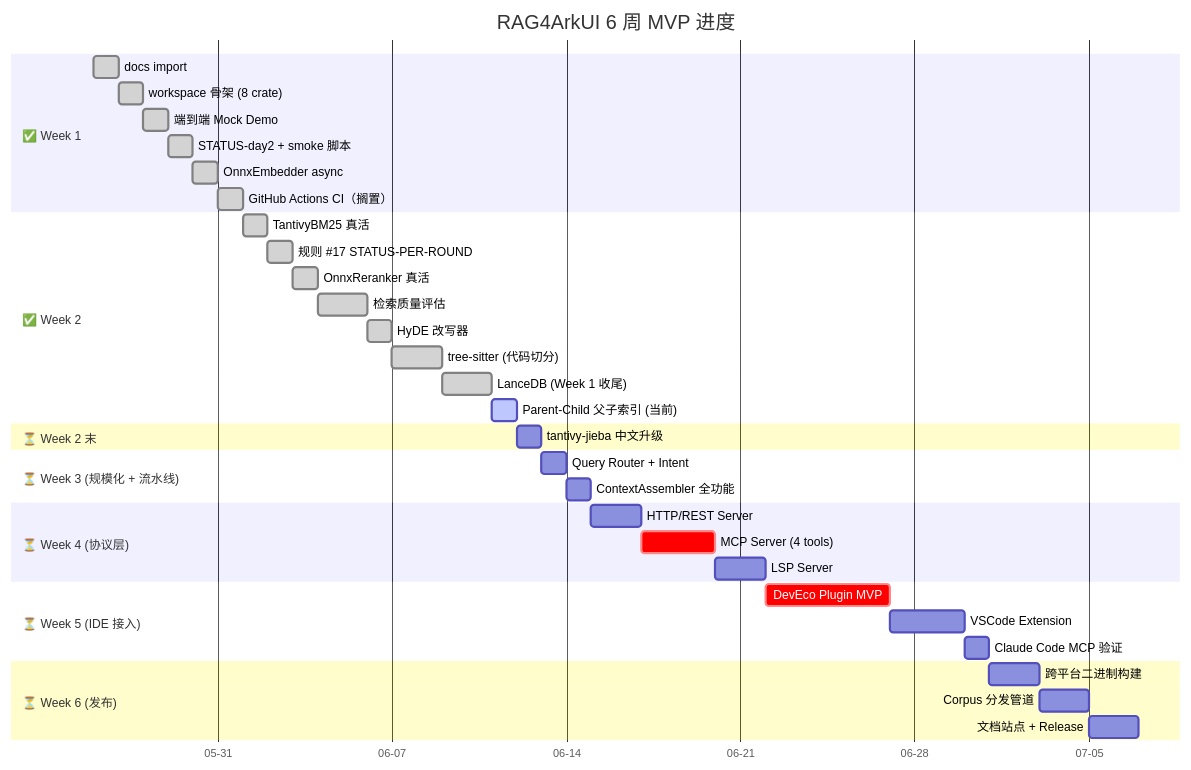
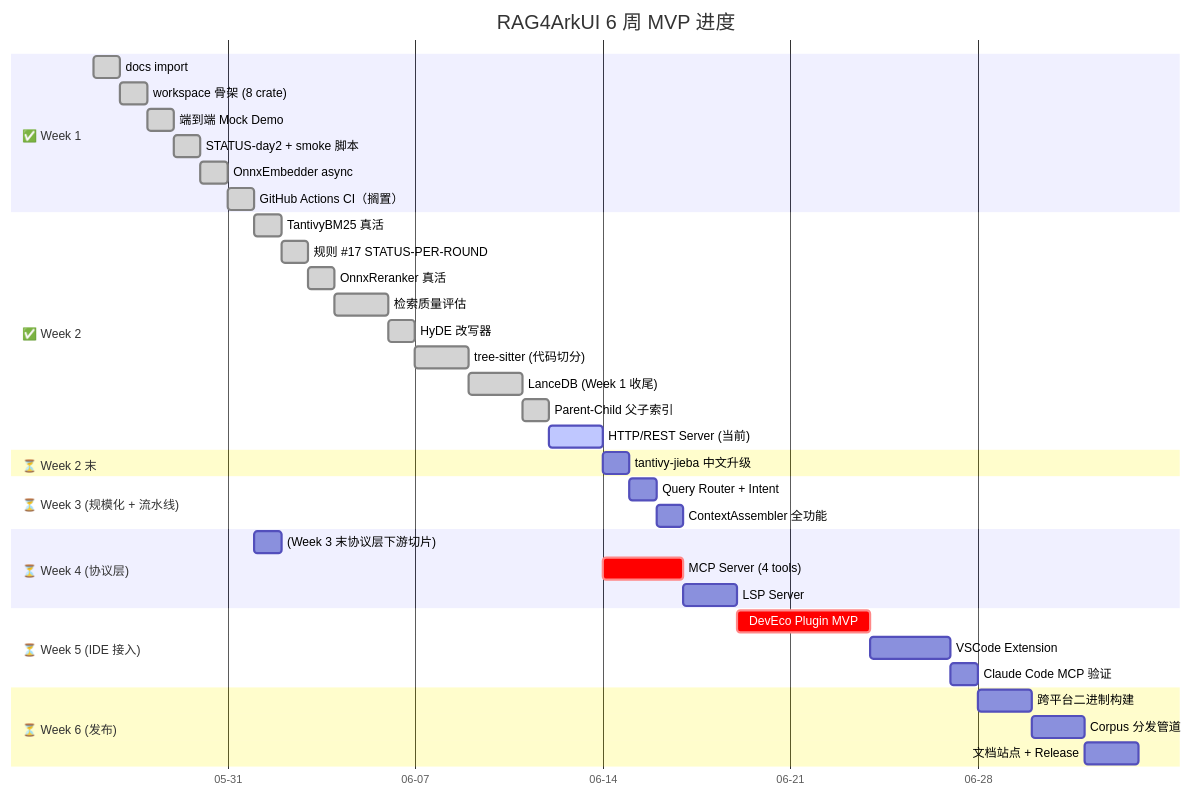
Before and after one commit to LeoG1022/RAG4ArkUI: the diagram in docs/ROADMAP.md, drawn with Mermaid. The commit also changed other lines of this file and 13 other files, not shown here.

First line of the commit message:
feat(server,cli): HTTP/REST Server with axum (Day 14) · 关键路径起点 ⭐

````diff
--- a/docs/ROADMAP.md
+++ b/docs/ROADMAP.md
@@ -22,46 +22,47 @@
 ```mermaid
 gantt
     title RAG4ArkUI 6 周 MVP 进度
     dateFormat YYYY-MM-DD
     axisFormat %m-%d
 
     section ✅ Week 1
     docs import                    :done,    d0, 2026-05-26, 1d
     workspace 骨架 (8 crate)         :done,    d1, after d0, 1d
     端到端 Mock Demo                 :done,    d2, after d1, 1d
     STATUS-day2 + smoke 脚本         :done,    d25, after d2, 1d
     OnnxEmbedder async              :done,    d3, after d25, 1d
     GitHub Actions CI（搁置）       :done,    d35, after d3, 1d
 
     section ✅ Week 2
     TantivyBM25 真活                 :done,    d4, after d35, 1d
     规则 #17 STATUS-PER-ROUND       :done,    bsr, after d4, 1d
     OnnxReranker 真活                :done,    d5, after bsr, 1d
     检索质量评估                     :done,    d6, after d5, 2d
     HyDE 改写器                      :done,    d7, after d6, 1d
     tree-sitter (代码切分)           :done,    d10, after d7, 2d
     LanceDB (Week 1 收尾)            :done,    d9, after d10, 2d
-    Parent-Child 父子索引 (当前)     :active,  d11, after d9, 1d
+    Parent-Child 父子索引            :done,    d11, after d9, 1d
+    HTTP/REST Server (当前)          :active,  d14, after d11, 2d
 
     section ⏳ Week 2 末
-    tantivy-jieba 中文升级           :         d8, after d11, 1d
+    tantivy-jieba 中文升级           :         d8, after d14, 1d
 
     section ⏳ Week 3 (规模化 + 流水线)
     Query Router + Intent           :         d12, after d8, 1d
     ContextAssembler 全功能          :         d13, after d12, 1d
 
     section ⏳ Week 4 (协议层)
-    HTTP/REST Server                :         d14, after d13, 2d
+    (Week 3 末协议层下游切片)         :         d14_done, 2026-06-01, 1d
     MCP Server (4 tools)            :crit,    d15, after d14, 3d
     LSP Server                      :         d16, after d15, 2d
 
     section ⏳ Week 5 (IDE 接入)
     DevEco Plugin MVP               :crit,    d17, after d16, 5d
     VSCode Extension                :         d18, after d17, 3d
     Claude Code MCP 验证            :         d19, after d18, 1d
 
     section ⏳ Week 6 (发布)
     跨平台二进制构建                  :         d20, after d19, 2d
     Corpus 分发管道                 :         d21, after d20, 2d
     文档站点 + Release              :         d22, after d21, 2d
 ```
````
